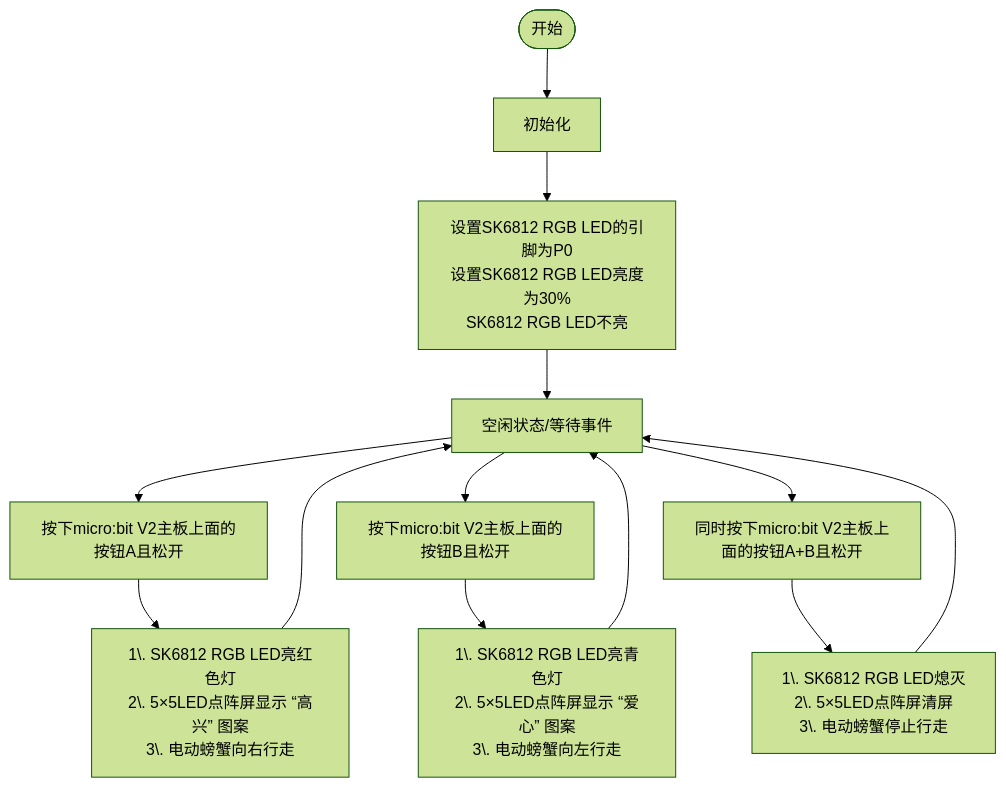
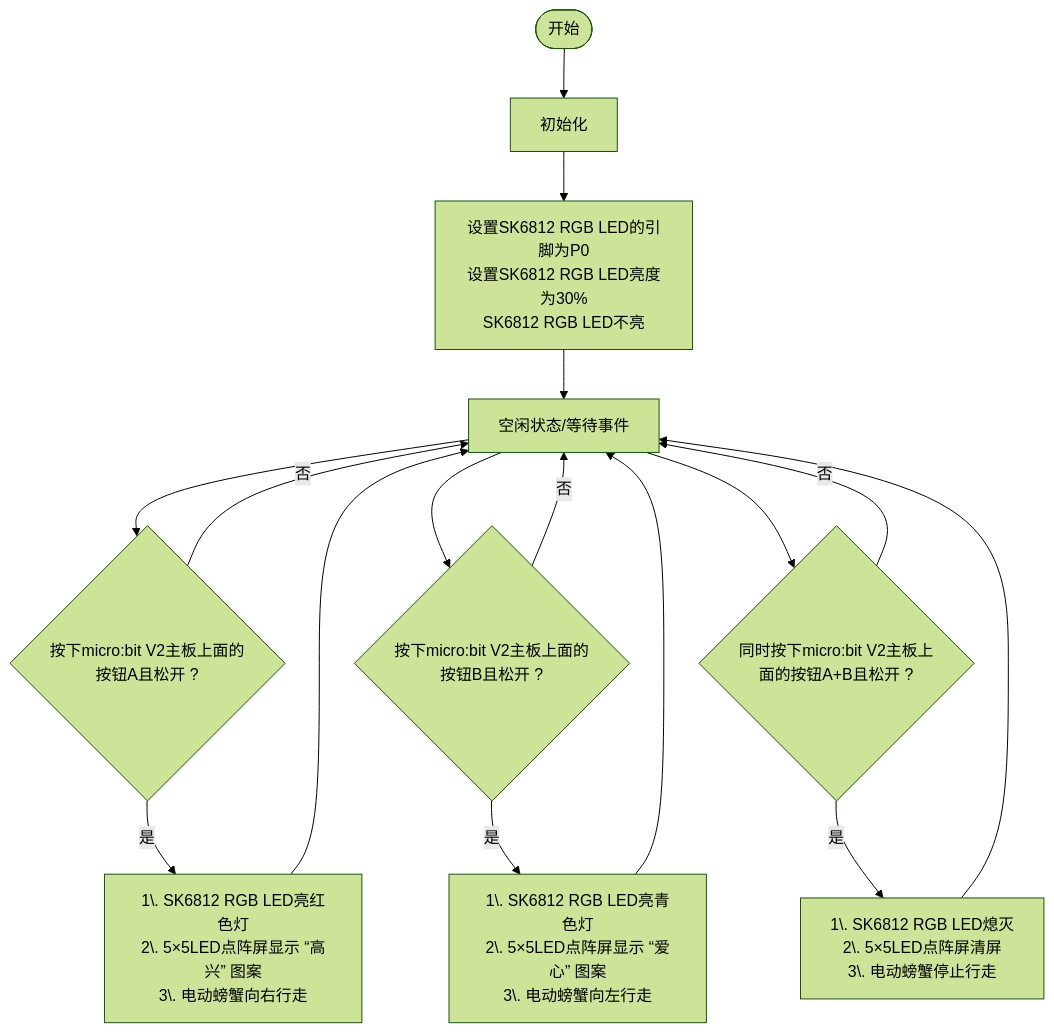
One commit to keyestudio/KS0604-Keyestudio-Microbit-8-1- changed the diagram in docs/MakeCode_教程/Projects/课程04.md. Above: the diagram before and after it, drawn with Mermaid (forest theme). The commit also changed other lines of this file and 253 other files, not shown here.

````diff
--- a/docs/MakeCode_教程/Projects/课程04.md
+++ b/docs/MakeCode_教程/Projects/课程04.md
@@ -125,21 +124,18 @@
 ```mermaid
 flowchart TD
     Start([开始]) --> OnInit1[初始化]
-
-    OnInit1 --> OnInit2[设置SK6812 RGB LED的引脚为P0<br>设置SK6812 RGB LED亮度为30%<br>SK6812 RGB LED不亮]
-    
+    OnInit1 --> OnInit2[设置SK6812 RGB LED的引脚为P0<br>设置SK6812 RGB LED亮度为30%<br>SK6812 RGB LED不亮]   
     OnInit2 --> IdleState[空闲状态/等待事件]
-    
-    IdleState --> EventBtnA[按下micro:bit V2主板上面的按钮A且松开]
-    IdleState --> EventBtnB[按下micro:bit V2主板上面的按钮B且松开]
-    IdleState --> EventBtnAB[同时按下micro:bit V2主板上面的按钮A+B且松开]
-    
-    EventBtnA --> BtnAAction[1\. SK6812 RGB LED亮红色灯<br>2\. 5×5LED点阵屏显示 “高兴” 图案<br>3\. 电动螃蟹向右行走]
+    IdleState --> EventBtnA{按下micro:bit V2主板上面的按钮A且松开 ?}
+    IdleState --> EventBtnB{按下micro:bit V2主板上面的按钮B且松开 ?}
+    IdleState --> EventBtnAB{同时按下micro:bit V2主板上面的按钮A+B且松开 ?}
+    EventBtnA -->|否| IdleState
+    EventBtnA -->|是| BtnAAction[1\. SK6812 RGB LED亮红色灯<br>2\. 5×5LED点阵屏显示 “高兴” 图案<br>3\. 电动螃蟹向右行走]
     BtnAAction --> IdleState
-    
-    EventBtnB --> BtnBAction[1\. SK6812 RGB LED亮青色灯<br>2\. 5×5LED点阵屏显示 “爱心” 图案<br>3\. 电动螃蟹向左行走]
+    EventBtnB -->|否| IdleState
+    EventBtnB -->|是| BtnBAction[1\. SK6812 RGB LED亮青色灯<br>2\. 5×5LED点阵屏显示 “爱心” 图案<br>3\. 电动螃蟹向左行走]
     BtnBAction --> IdleState
-
-    EventBtnAB --> BtnABAction[1\. SK6812 RGB LED熄灭<br>2\. 5×5LED点阵屏清屏<br>3\. 电动螃蟹停止行走]
+    EventBtnAB -->|否| IdleState
+    EventBtnAB -->|是| BtnABAction[1\. SK6812 RGB LED熄灭<br>2\. 5×5LED点阵屏清屏<br>3\. 电动螃蟹停止行走]
     BtnABAction --> IdleState
 ```
````
